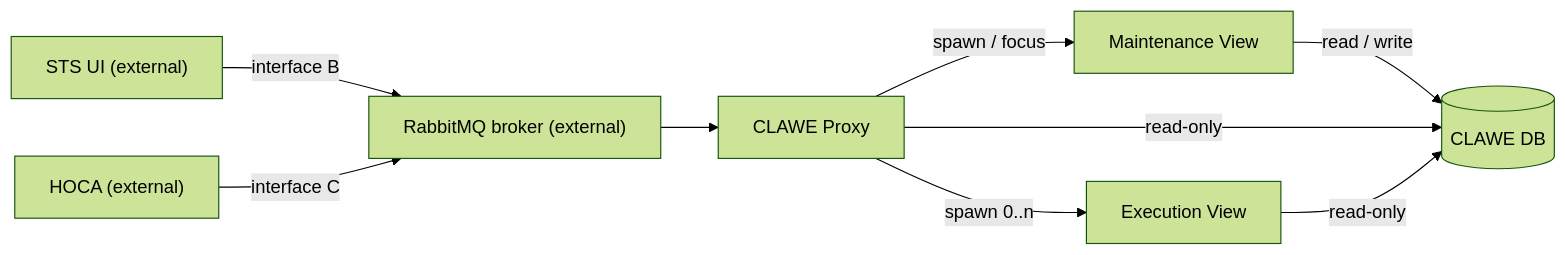
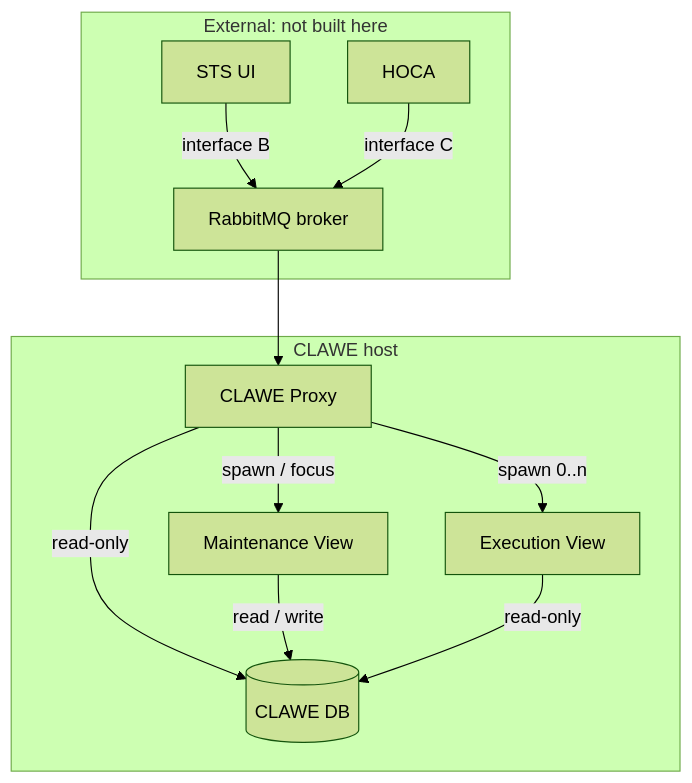
Before and after one commit to jcallaway82/design-docs-template: the first of 2 diagrams in SampleDocs/OVERVIEW.md, drawn with Mermaid (forest theme). The commit also changed other lines of this file and 11 other files, not shown here.

````diff
--- a/SampleDocs/OVERVIEW.md
+++ b/SampleDocs/OVERVIEW.md
@@ -34,11 +33,22 @@
 ```mermaid
-graph LR
-    STS["STS UI (external)"] -->|"interface B"| MQ["RabbitMQ broker (external)"]
-    HOCA["HOCA (external)"] -->|"interface C"| MQ
-    MQ --> PROXY["CLAWE Proxy"]
-    PROXY -->|"spawn / focus"| MV["Maintenance View"]
-    PROXY -->|"spawn 0..n"| EV["Execution View"]
-    MV -->|"read / write"| DB[("CLAWE DB")]
+flowchart TB
+    subgraph host["CLAWE host"]
+        PROXY["CLAWE Proxy"]
+        MV["Maintenance View"]
+        EV["Execution View"]
+        DB[("CLAWE DB")]
+    end
+    subgraph ext["External: not built here"]
+        STS["STS UI"]
+        HOCA["HOCA"]
+        MQ["RabbitMQ broker"]
+    end
+    STS -->|"interface B"| MQ
+    HOCA -->|"interface C"| MQ
+    MQ --> PROXY
+    PROXY -->|"spawn / focus"| MV
+    PROXY -->|"spawn 0..n"| EV
     PROXY -->|"read-only"| DB
+    MV -->|"read / write"| DB
     EV -->|"read-only"| DB
 ```
````
